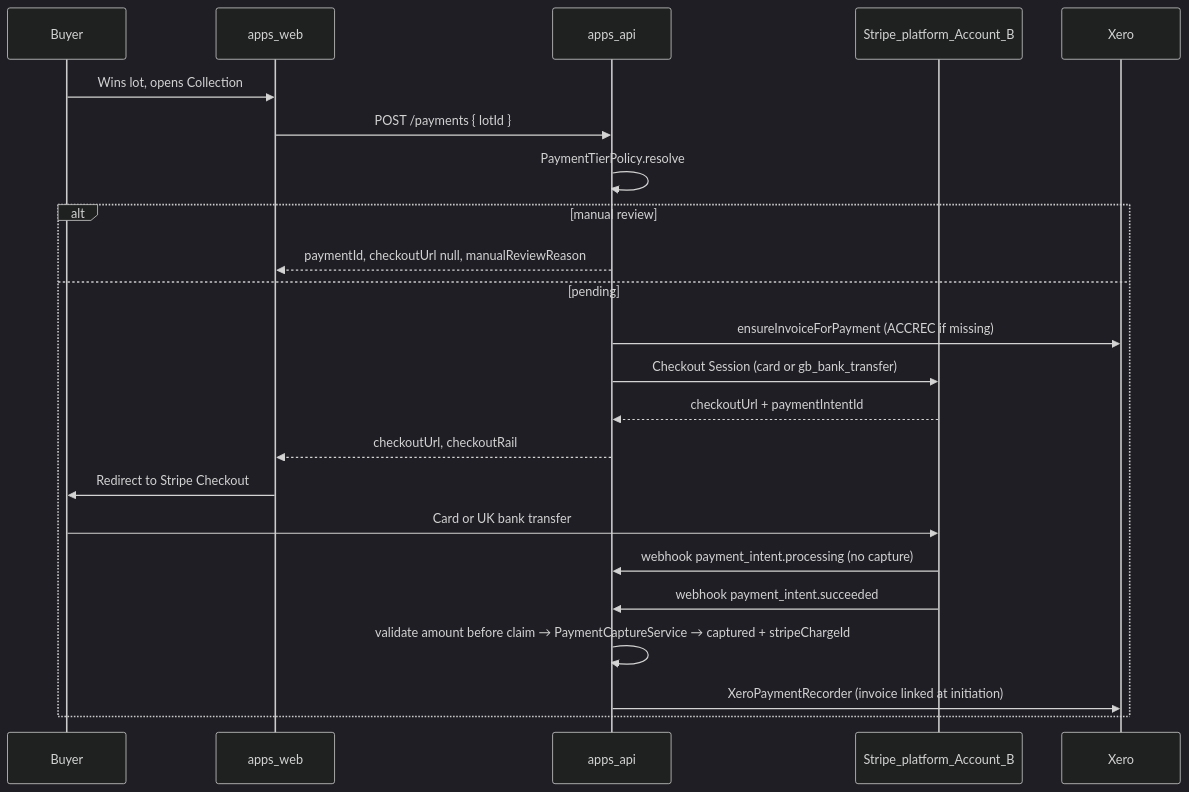
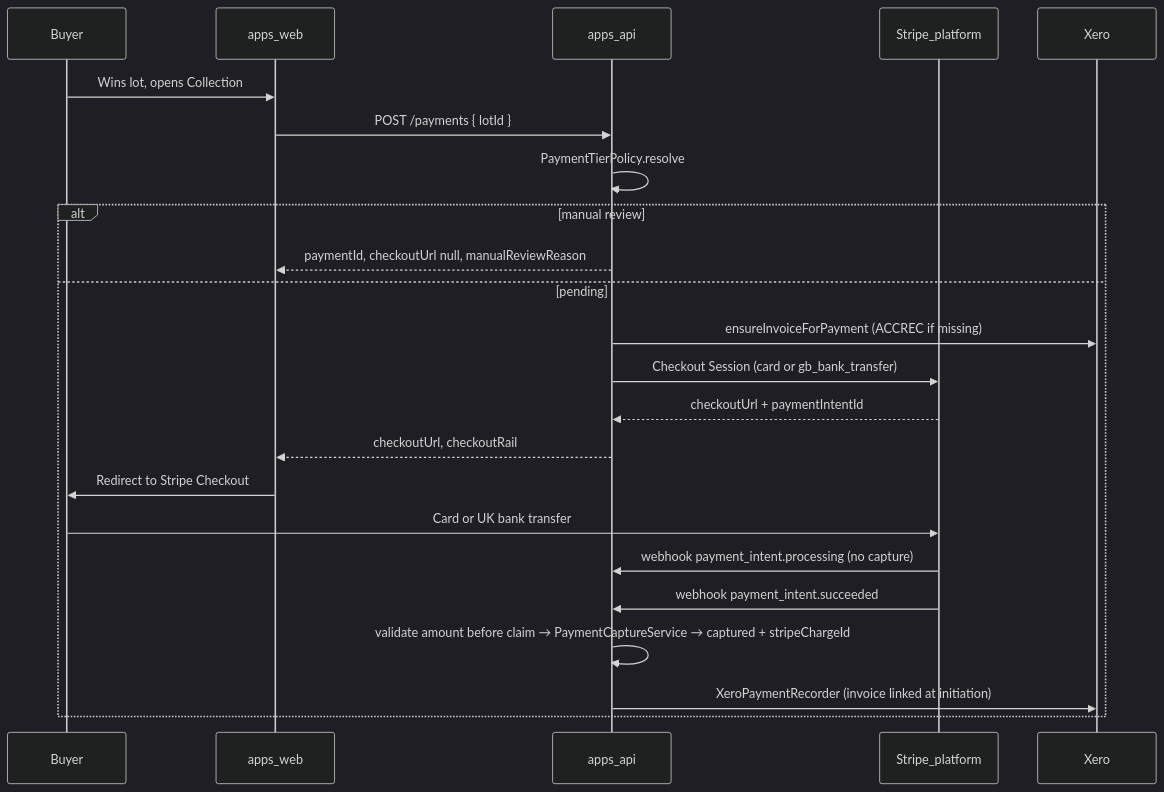
The diagram in docs/runbooks/buyer-payment-flow.md (LAX-UK/monorepo), drawn with Mermaid (dark theme) before and after one commit. The commit also changed other lines of this file and 57 other files, not shown here.

````diff
--- a/docs/runbooks/buyer-payment-flow.md
+++ b/docs/runbooks/buyer-payment-flow.md
@@ -18,26 +18,26 @@
 ```mermaid
 sequenceDiagram
   participant Buyer
   participant Web as apps_web
   participant API as apps_api
-  participant Stripe as Stripe_platform_Account_B
+  participant Stripe as Stripe_platform
   participant Xero
 
   Buyer->>Web: Wins lot, opens Collection
   Web->>API: POST /payments { lotId }
   API->>API: PaymentTierPolicy.resolve
   alt manual review
     API-->>Web: paymentId, checkoutUrl null, manualReviewReason
   else pending
     API->>Xero: ensureInvoiceForPayment (ACCREC if missing)
     API->>Stripe: Checkout Session (card or gb_bank_transfer)
     Stripe-->>API: checkoutUrl + paymentIntentId
     API-->>Web: checkoutUrl, checkoutRail
     Web->>Buyer: Redirect to Stripe Checkout
     Buyer->>Stripe: Card or UK bank transfer
     Stripe->>API: webhook payment_intent.processing (no capture)
     Stripe->>API: webhook payment_intent.succeeded
     API->>API: validate amount before claim → PaymentCaptureService → captured + stripeChargeId
     API->>Xero: XeroPaymentRecorder (invoice linked at initiation)
   end
 ```
````
